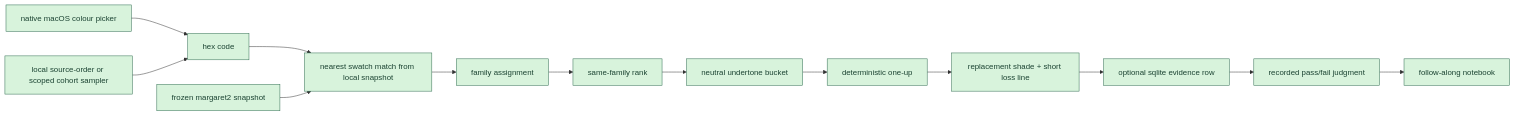
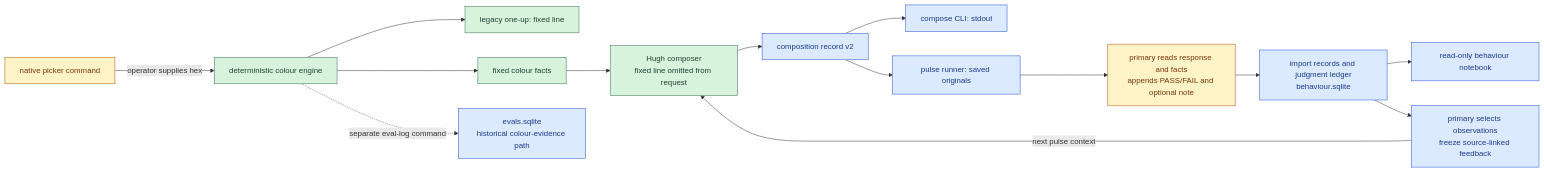
One commit to tryskian/huemiliator changed the diagram in docs/diagrams/PIPELINE.md. Above: the diagram before and after it, drawn with Mermaid. The commit also changed other lines of this file and 27 other files, not shown here.

First line of the commit message:
feat: connect Hugh behaviour pulses with attributed feedback (#175)

````diff
--- a/docs/diagrams/PIPELINE.md
+++ b/docs/diagrams/PIPELINE.md
@@ -12,25 +6,23 @@
 ```mermaid
 flowchart LR
-  I["local source-order or scoped cohort sampler"]
-  A["native macOS colour picker"]
-  B["hex code"]
-  S["frozen margaret2 snapshot"]
-  C["nearest swatch match from local snapshot"]
-  D["family assignment"]
-  E["same-family rank"]
-  U["neutral undertone bucket"]
-  F["deterministic one-up"]
-  G["replacement shade + short loss line"]
-  H["optional sqlite evidence row"]
-  J["recorded pass/fail judgment"]
-  K["follow-along notebook"]
+  P["native picker command"] -->|"operator supplies hex"| R["deterministic colour engine"]
+  R --> U["legacy one-up: fixed line"]
+  R --> F["fixed colour facts"]
+  F --> C["Hugh composer<br/>fixed line omitted from request"]
+  C --> S["composition record v2"]
+  S --> O["compose CLI: stdout"]
+  S --> W["pulse runner: saved originals"]
+  W --> J["primary reads response and facts<br/>appends PASS/FAIL and optional note"]
+  J --> I["import records and judgment ledger<br/>behaviour.sqlite"]
+  I --> N["read-only behaviour notebook"]
+  I --> B["primary selects observations<br/>freeze source-linked feedback"]
+  B -->|"next pulse context"| C
+  R -.->|"separate eval-log command"| E["evals.sqlite<br/>historical colour-evidence path"]
 
-  A --> B --> C --> D --> E --> U --> F --> G
-  I --> B
-  G --> H --> J --> K
-  S --> C
-
-  classDef implemented fill:#d8f3dc,stroke:#2d6a4f,color:#1b4332
-  classDef pending fill:#f3f4f6,stroke:#9ca3af,color:#374151
-  class A,B,S,C,D,E,U,F,G,H,I,J,K implemented
+  classDef runtime fill:#d8f3dc,stroke:#2d6a4f,color:#1b4332
+  classDef evidence fill:#dbeafe,stroke:#1d4ed8,color:#1e3a8a
+  classDef operator fill:#fef3c7,stroke:#b45309,color:#78350f
+  class P,J operator
+  class R,U,F,C runtime
+  class S,O,W,I,N,E,B evidence
 ```
````
